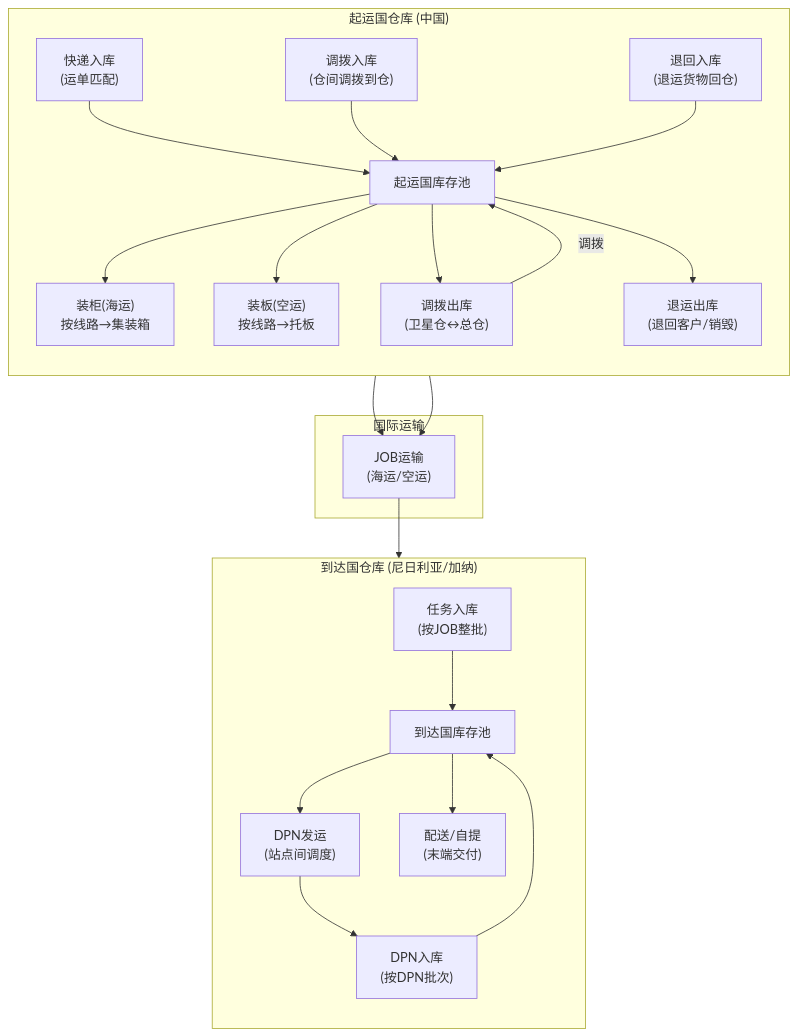
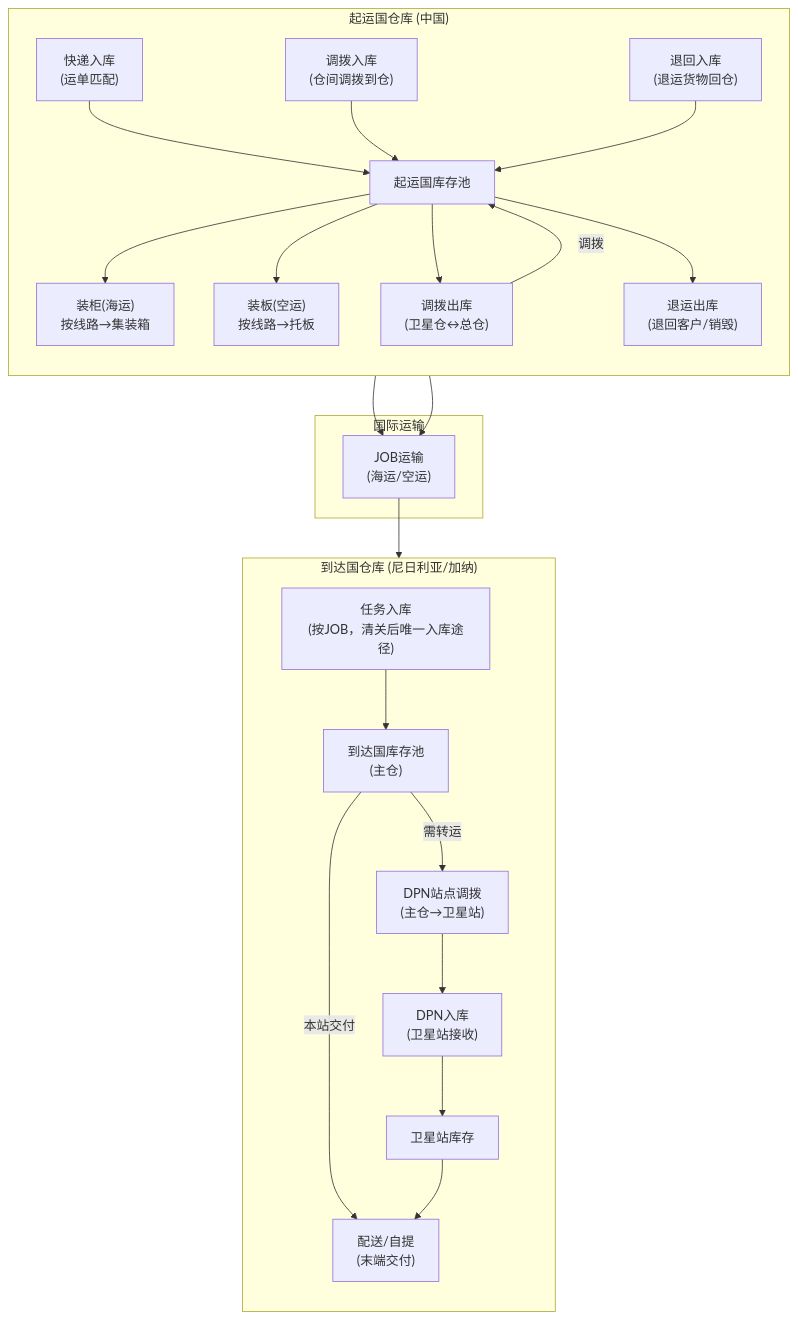
Diagram 25 of 27 in .kiro/specs/full-system-requirements/modules/00-系统总体需求规格说明书-20260408.md (Yitiaoyu686/logistics-app), drawn with Mermaid before and after one commit. The commit also changed other lines of this file, not shown here.

````diff
--- a/.kiro/specs/full-system-requirements/modules/00-系统总体需求规格说明书-20260408.md
+++ b/.kiro/specs/full-system-requirements/modules/00-系统总体需求规格说明书-20260408.md
@@ -917,46 +948,48 @@
 ```mermaid
 graph TB
     subgraph 起运国["起运国仓库 (中国)"]
         direction TB
         IN1["快递入库<br/>(运单匹配)"]
         IN2["调拨入库<br/>(仓间调拨到仓)"]
         IN3["退回入库<br/>(退运货物回仓)"]
         
         STOCK1["起运国库存池"]
         
         PACK1["装柜(海运)<br/>按线路→集装箱"]
         PACK2["装板(空运)<br/>按线路→托板"]
         
         OUT1["调拨出库<br/>(卫星仓↔总仓)"]
         OUT2["退运出库<br/>(退回客户/销毁)"]
     end
 
     subgraph 运输["国际运输"]
         JOB_TRANSIT["JOB运输<br/>(海运/空运)"]
     end
 
     subgraph 到达国["到达国仓库 (尼日利亚/加纳)"]
         direction TB
-        DIN1["任务入库<br/>(按JOB整批)"]
-        DIN2["DPN入库<br/>(按DPN批次)"]
+        DIN1["任务入库<br/>(按JOB，清关后唯一入库途径)"]
         
-        STOCK2["到达国库存池"]
+        STOCK2["到达国库存池<br/>(主仓)"]
         
-        DPN_OUT["DPN发运<br/>(站点间调度)"]
+        DPN_OUT["DPN站点调拨<br/>(主仓→卫星站)"]
+        DPN_IN["DPN入库<br/>(卫星站接收)"]
+        STOCK3["卫星站库存"]
         DELI["配送/自提<br/>(末端交付)"]
     end
 
     IN1 & IN2 & IN3 --> STOCK1
     STOCK1 --> PACK1 & PACK2
     STOCK1 --> OUT1
     STOCK1 --> OUT2
     
     PACK1 & PACK2 --> JOB_TRANSIT
     OUT1 -->|调拨| STOCK1
     
     JOB_TRANSIT --> DIN1
-    DIN1 & DIN2 --> STOCK2
-    STOCK2 --> DPN_OUT
-    DPN_OUT --> DIN2
-    STOCK2 --> DELI
+    DIN1 --> STOCK2
+    STOCK2 -->|本站交付| DELI
+    STOCK2 -->|需转运| DPN_OUT
+    DPN_OUT --> DPN_IN --> STOCK3
+    STOCK3 --> DELI
 ```
````
